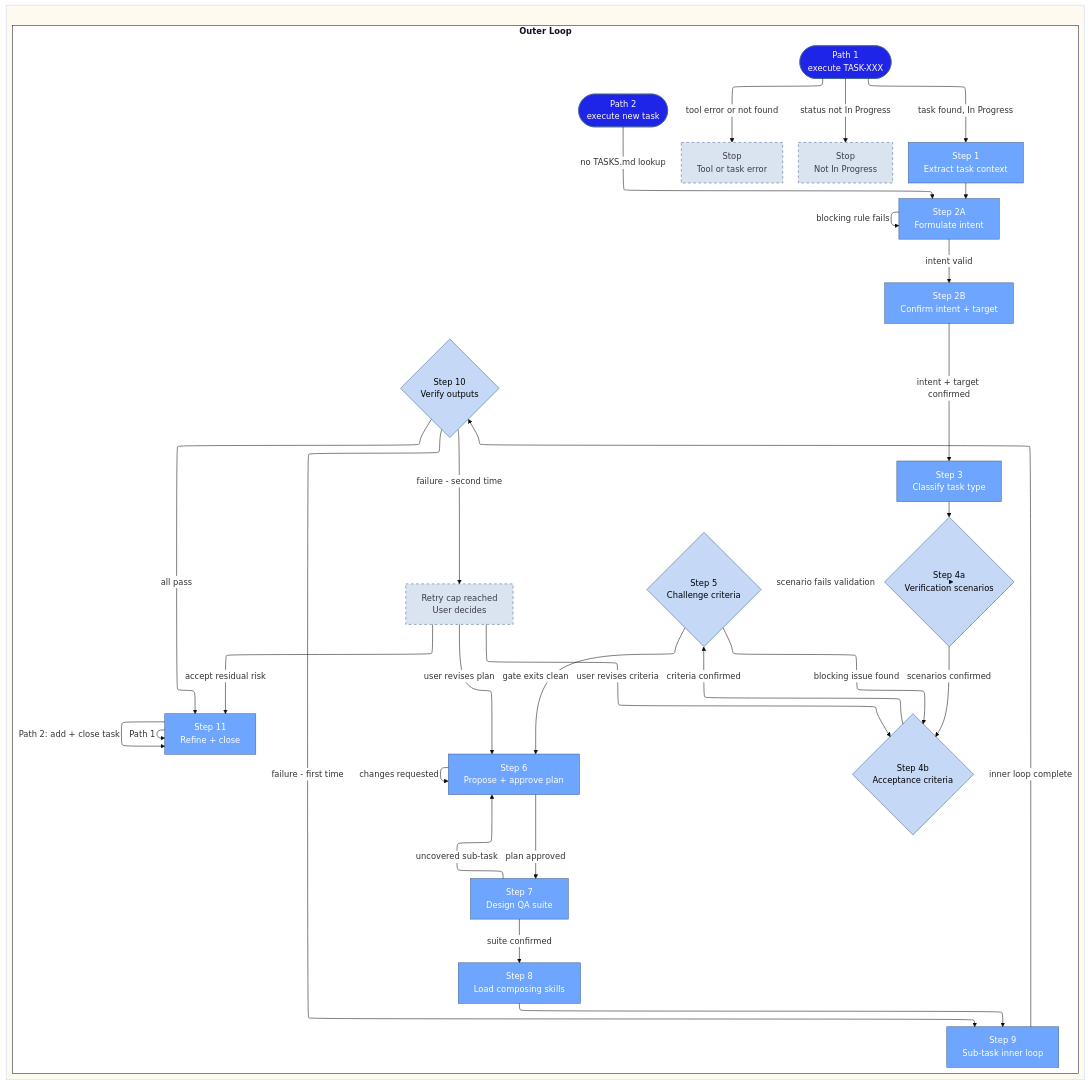
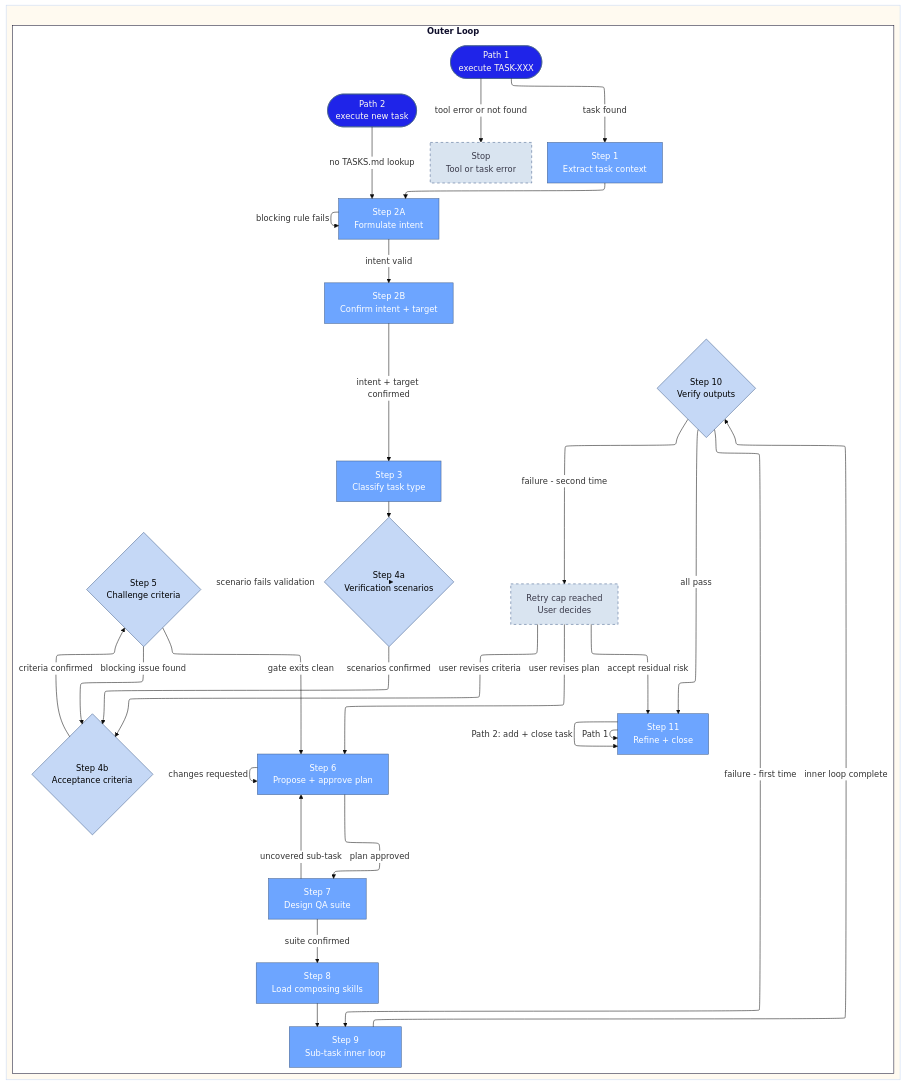
Before and after one commit to gino1902/chief-of-droids: the diagram in docs/executing-tasks-guide.md, drawn with Mermaid. The commit also changed other lines of this file and 2 other files, not shown here.

````diff
--- a/docs/executing-tasks-guide.md
+++ b/docs/executing-tasks-guide.md
@@ -64,8 +64,6 @@
       S11[Step 11
       Refine + close]
 
-      STOP_P1[Stop
-      Not In Progress]
       STOP_P2[Stop
       Tool or task error]
       RETRY_CAP[Retry cap reached
@@ -78,8 +76,7 @@
     end
   end
 
-  P1 -->|task found, In Progress| S1
-  P1 -->|status not In Progress| STOP_P1
+  P1 -->|task found| S1
   P1 -->|tool error or not found| STOP_P2
   P2 -->|no TASKS.md lookup| S2A
 
@@ -111,7 +108,7 @@
   class P1,P2 primary
   class S1,S2A,S2B,S3,S6,S7,S8,S9,S11 secondary
   class S4A,S4B,S5,S10 tertiary
-  class STOP_P1,STOP_P2,RETRY_CAP ytbc
+  class STOP_P2,RETRY_CAP ytbc
   class OuterLoop primary_cluster
   class Main main
 ```
````
